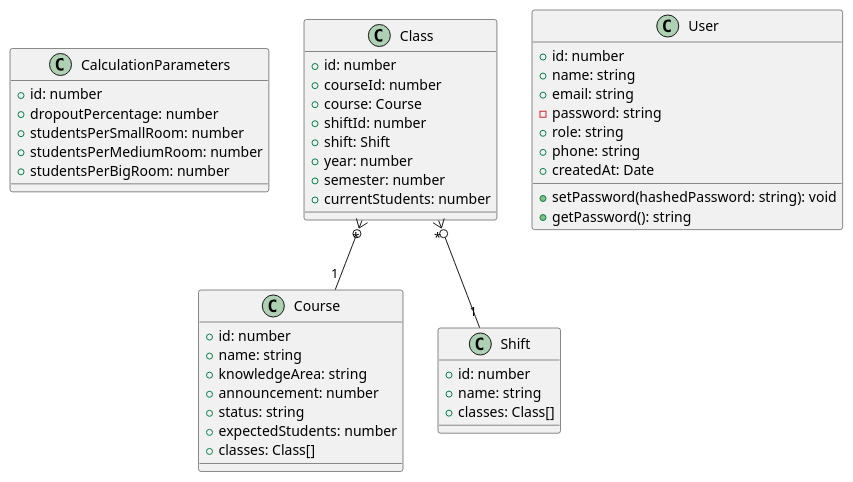
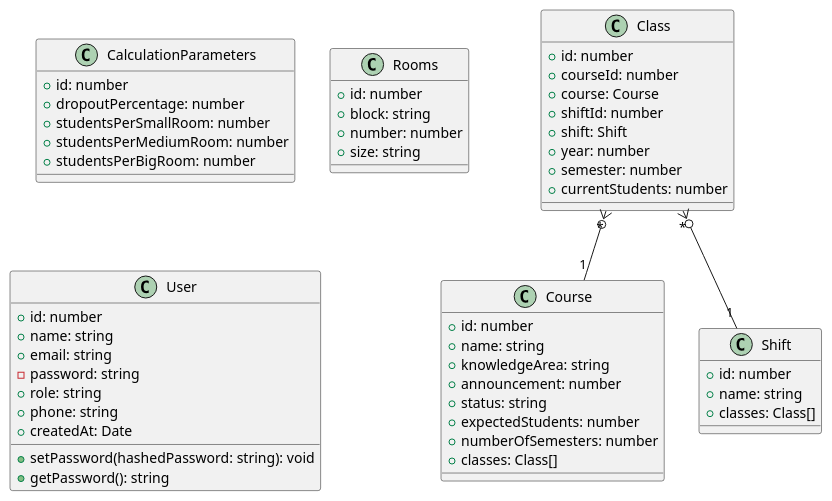
The diagram in docs/uml/_combined.puml (Grupo-5-Biopark/grupo05), drawn with PlantUML before and after one commit. The commit also changed 18 other files, not shown here.

```diff
--- a/docs/uml/_combined.puml
+++ b/docs/uml/_combined.puml
@@ -1,53 +1,60 @@
 @startuml
 ' Combined Domain Model
-' Generated: 2025-11-03T19:17:55.268Z
-' Modules: calculation-parameters, classes, courses, shifts, users
+' Generated: 2025-11-18T22:55:22.441Z
+' Modules: calculation-parameters, classes, courses, rooms, shifts, users
 
 
 class CalculationParameters {
     +id: number
     +dropoutPercentage: number
     +studentsPerSmallRoom: number
     +studentsPerMediumRoom: number
     +studentsPerBigRoom: number
 }
 class Course {
     +id: number
     +name: string
     +knowledgeArea: string
     +announcement: number
     +status: string
     +expectedStudents: number
+    +numberOfSemesters: number
     +classes: Class[]
 }
 class Shift {
     +id: number
     +name: string
     +classes: Class[]
 }
 class Class {
     +id: number
     +courseId: number
     +course: Course
     +shiftId: number
     +shift: Shift
     +year: number
     +semester: number
     +currentStudents: number
 }
+class Rooms {
+    +id: number
+    +block: string
+    +number: number
+    +size: string
+}
 class User {
     +id: number
     +name: string
     +email: string
     -password: string
     +role: string
     +phone: string
     +createdAt: Date
     +setPassword(hashedPassword: string): void
     +getPassword(): string
 }
 
 ' Relationships
 Class "*" }o-- "1" Course
 Class "*" }o-- "1" Shift
 @enduml
```
